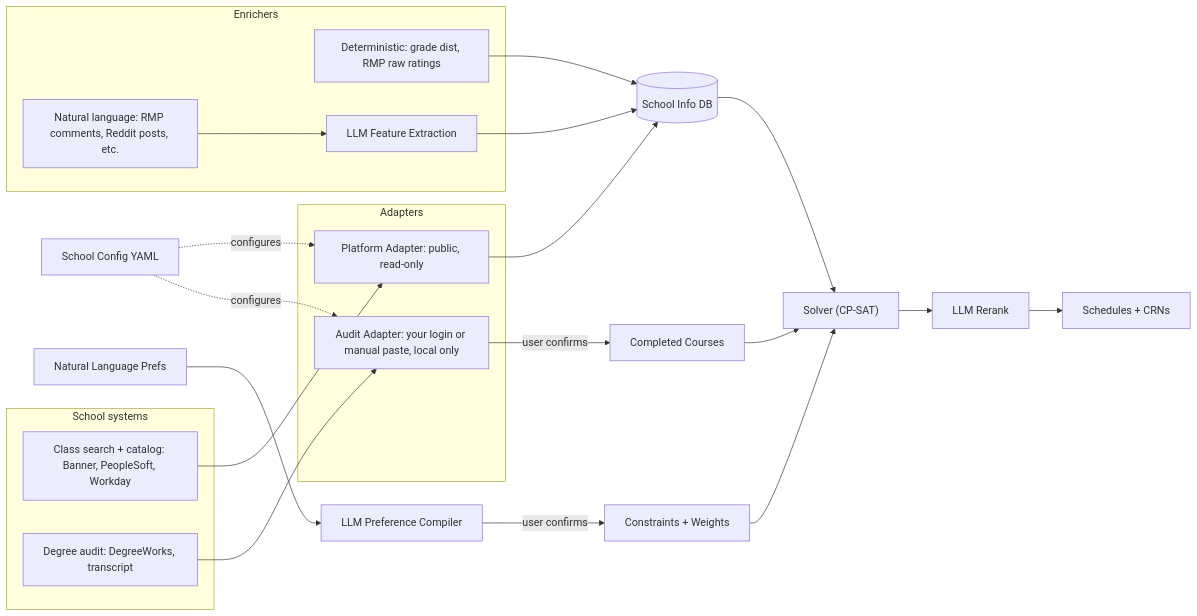
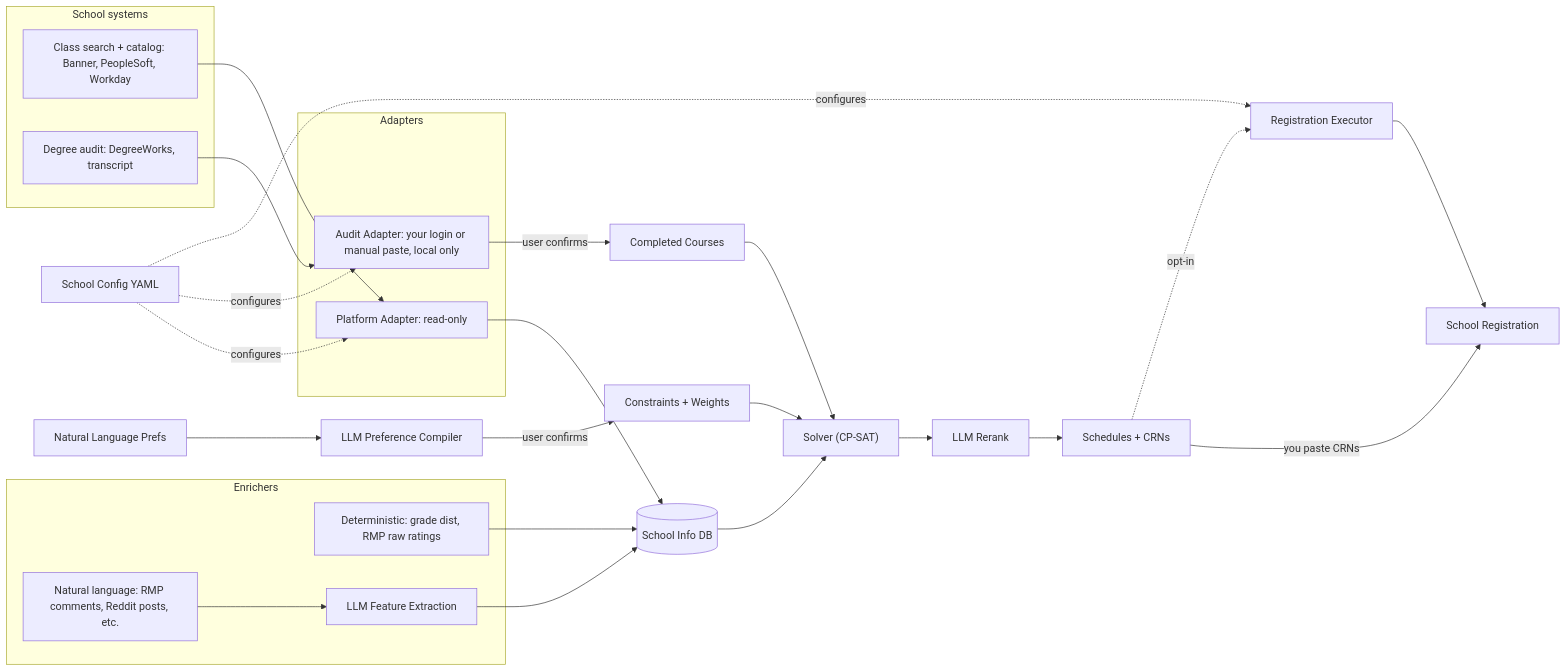
Before and after one commit to RahRah101/RegisterHelper: the diagram in Specs.md, drawn with Mermaid.

Commit message:
Added registration to mermaid graph

````diff
--- a/Specs.md
+++ b/Specs.md
@@ -3,31 +3,35 @@
 ```mermaid
 flowchart LR
   subgraph School["School systems"]
     CS[Class search + catalog: Banner, PeopleSoft, Workday]
     DW[Degree audit: DegreeWorks, transcript]
   end
 
   subgraph Adapters
-    PA[Platform Adapter: public, read-only]
+    PA[Platform Adapter: read-only]
     AA[Audit Adapter: your login or manual paste, local only]
   end
 
   CFG[School Config YAML] -. configures .-> PA
   CFG -. configures .-> AA
+  CFG -. configures .-> RE
 
   subgraph Enrichers
     G["Deterministic: grade dist, RMP raw ratings"]
     NLE["Natural language: RMP comments, Reddit posts, etc."] --> F[LLM Feature Extraction]
   end
 
   CS --> PA --> DB[(School Info DB)]
   G --> DB
   F --> DB
   DW --> AA -->|user confirms| H[Completed Courses]
   NL[Natural Language Prefs] --> PC[LLM Preference Compiler] -->|user confirms| W[Constraints + Weights]
 
   DB --> S["Solver (CP-SAT)"]
   H --> S
   W --> S
   S --> K[LLM Rerank] --> O[Schedules + CRNs]
+
+  O -->|you paste CRNs| REG[School Registration]
+  O -. opt-in .-> RE[Registration Executor] --> REG
 ```
````
